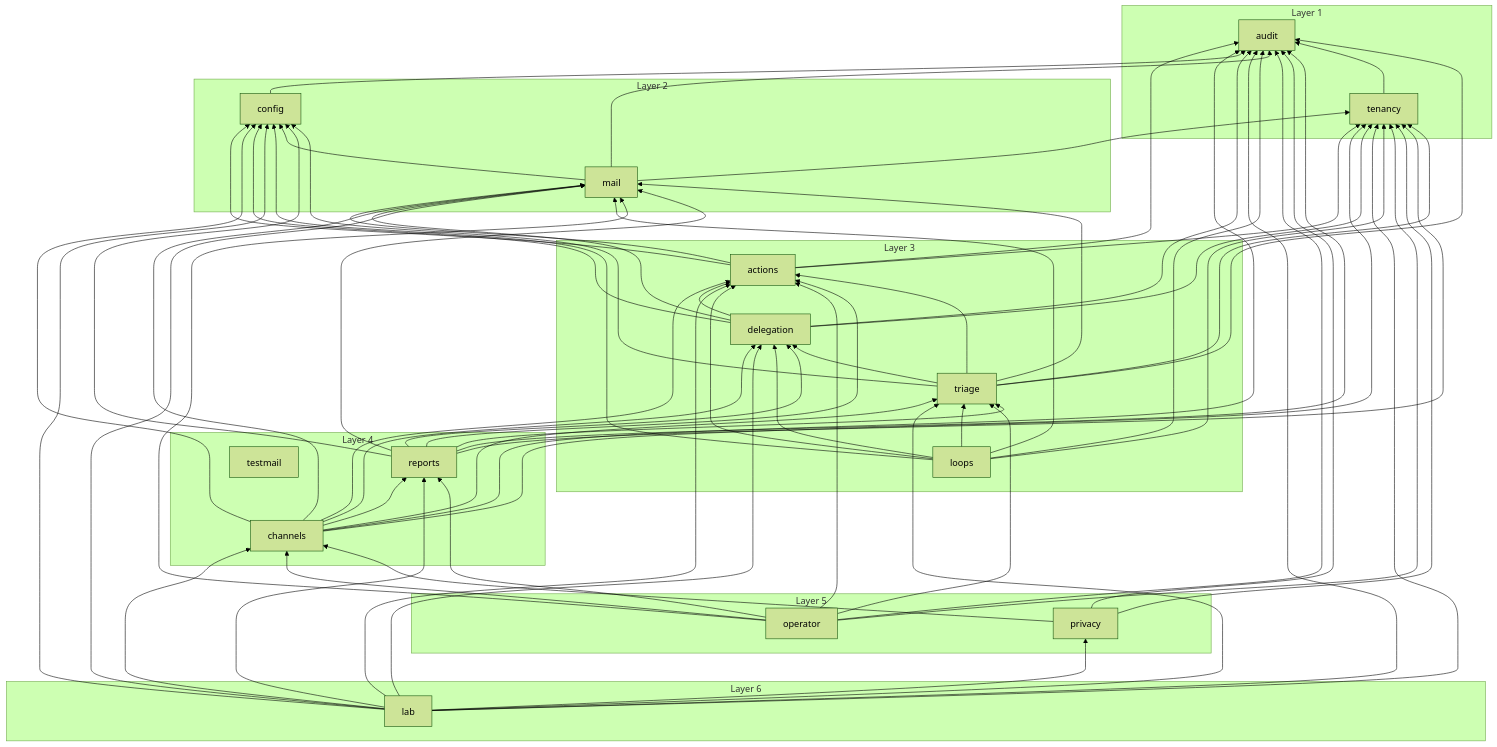
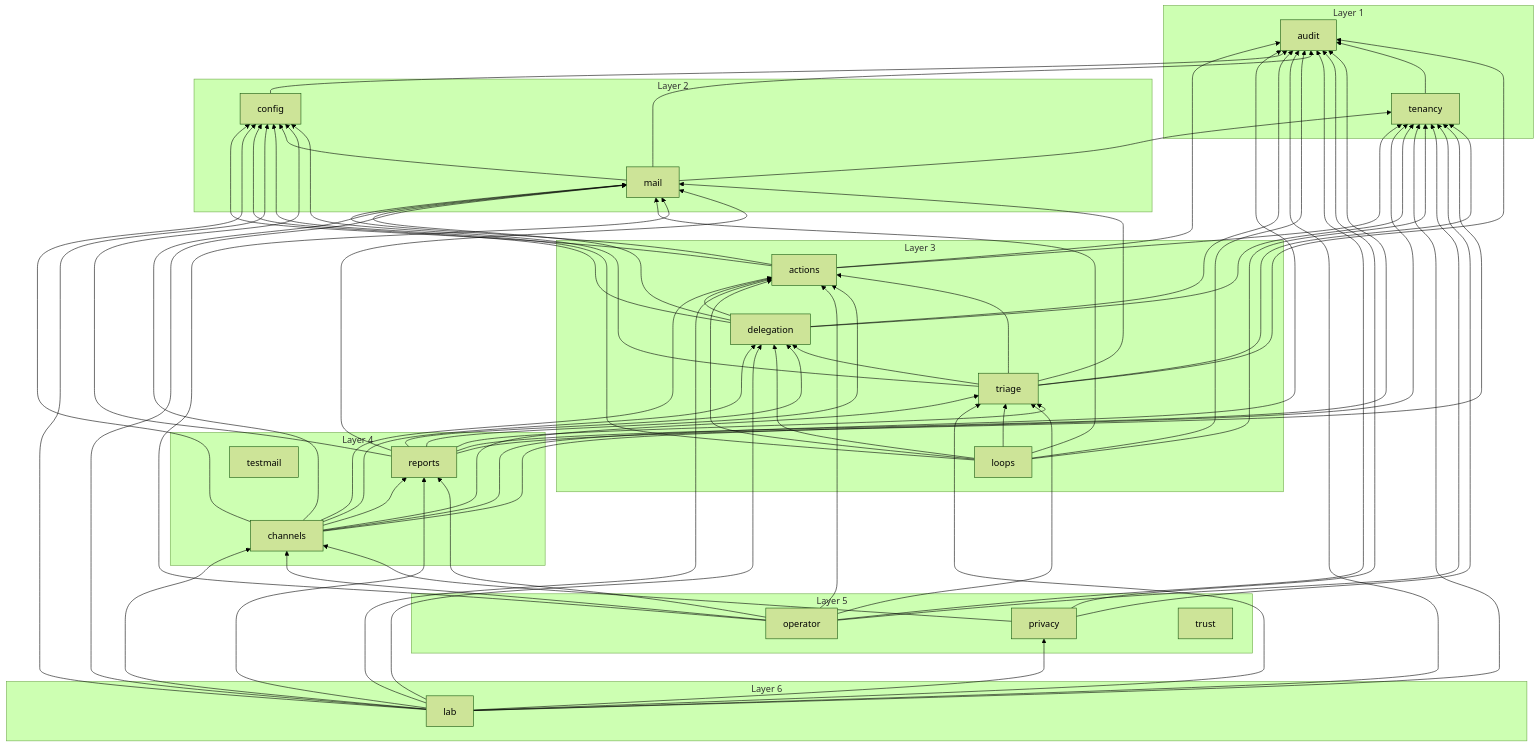
One commit to Artexs/email_assistant changed the diagram in docs/diagrams/module-graph.md. Above: the diagram before and after it, drawn with Mermaid (forest theme). The commit also changed 8 other files, not shown here.

```diff
--- a/docs/diagrams/module-graph.md
+++ b/docs/diagrams/module-graph.md
@@ -28,6 +28,7 @@
   subgraph group5["Layer 5"]
     operator
     privacy
+    trust
   end
   subgraph group6["Layer 6"]
     lab
```
